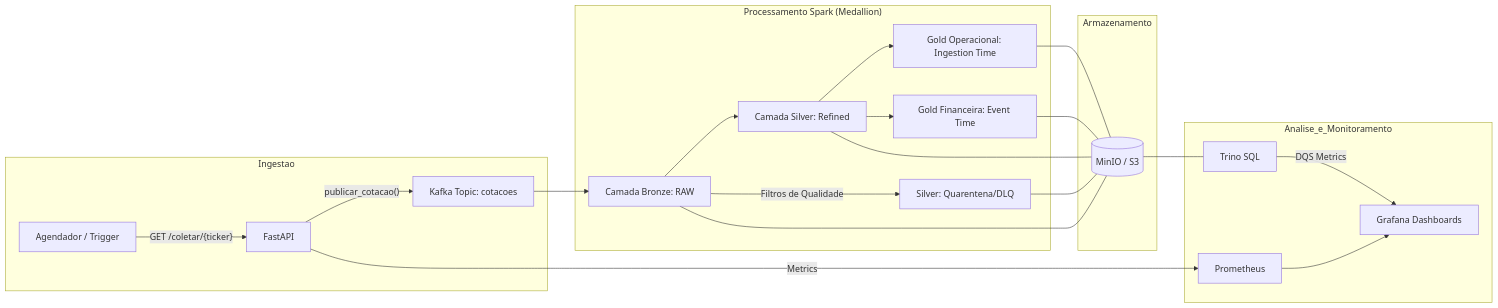
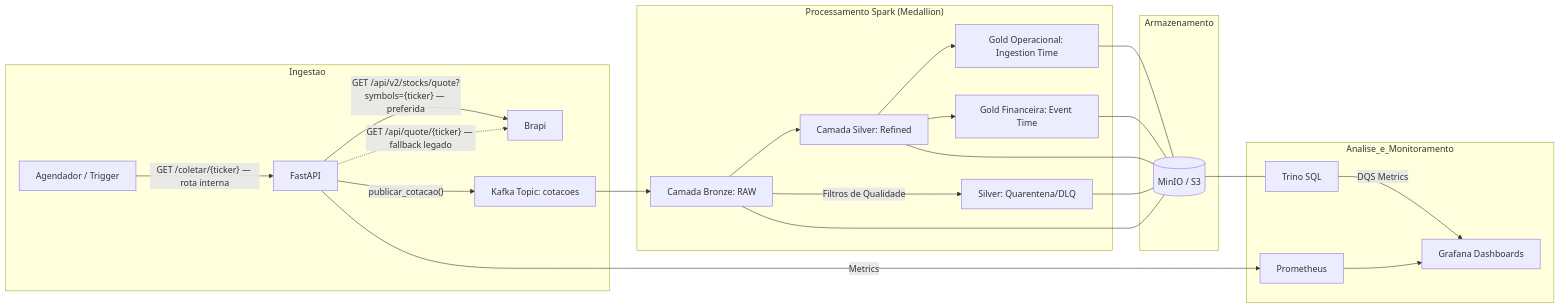
One commit to Suzyguebata/cotacao_bolsa changed the diagram in README.md. Above: the diagram before and after it, drawn with Mermaid. The commit also changed other lines of this file and 23 other files, not shown here.

First line of the commit message:
fix: corrige achados do code review e adota rota v2 da Brapi com fallback legado

````diff
--- a/README.md
+++ b/README.md
@@ -60,26 +64,28 @@
 ```mermaid
 graph LR
     subgraph Ingestao
-        Agendador[Agendador / Trigger] -- "GET /coletar/{ticker}" --> API[FastAPI]
+        Agendador[Agendador / Trigger] -- "GET /coletar/{ticker} — rota interna" --> API[FastAPI]
+        API -- "GET /api/v2/stocks/quote?symbols={ticker} — preferida" --> Brapi[Brapi]
+        API -. "GET /api/quote/{ticker} — fallback legado" .-> Brapi
         API -- "publicar_cotacao()" --> Kafka[Kafka Topic: cotacoes]
     end
 
     subgraph "Processamento Spark (Medallion)"
         Kafka --> Bronze[Camada Bronze: RAW]
         Bronze --> Silver[Camada Silver: Refined]
         Bronze -- "Filtros de Qualidade" --> Quarentena[Silver: Quarentena/DLQ]
         Silver --> GoldOp[Gold Operacional: Ingestion Time]
         Silver --> GoldFin[Gold Financeira: Event Time]
     end
 
     subgraph Armazenamento
         Bronze & Silver & Quarentena & GoldOp & GoldFin --- MinIO[(MinIO / S3)]
     end
 
     subgraph Analise_e_Monitoramento
         MinIO --- Trino[Trino SQL]
         Trino -- "DQS Metrics" --> Grafana[Grafana Dashboards]
         API -- "Metrics" --> Prometheus[Prometheus]
         Prometheus --> Grafana
     end
 ```
````
